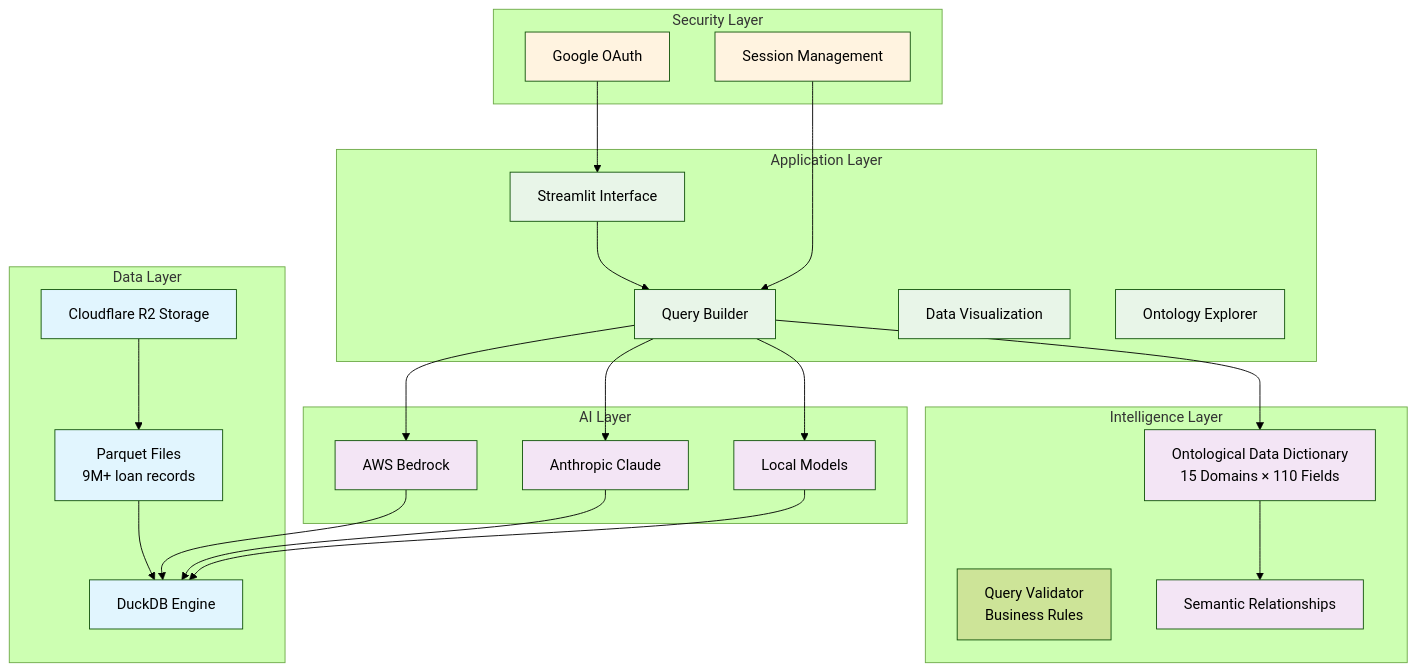
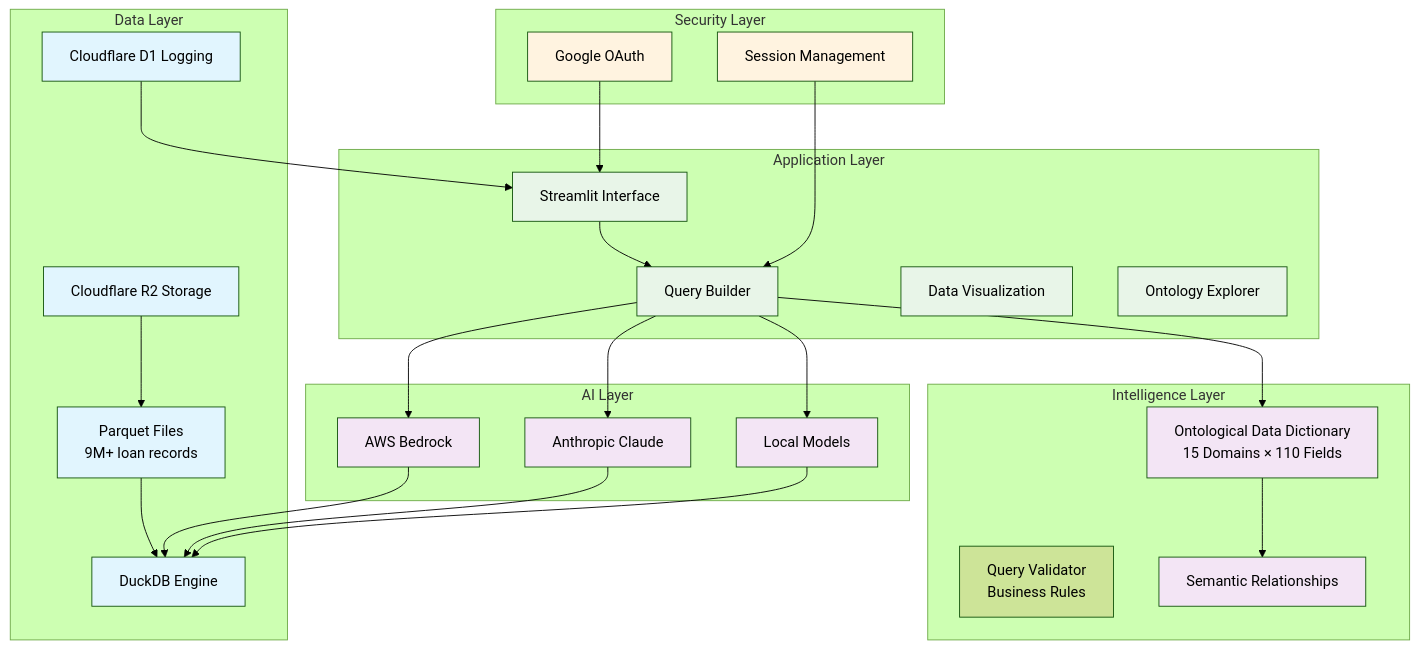
One commit to ravishan16/converSQL changed the diagram in README.md. Above: the diagram before and after it, drawn with Mermaid (forest theme). The commit also changed other lines of this file and 4 other files, not shown here.

````diff
--- a/README.md
+++ b/README.md
@@ -44,54 +51,56 @@
 ```mermaid
 graph TB
     subgraph "Data Layer"
         R2[Cloudflare R2 Storage]
         PQ[Parquet Files<br/>9M+ loan records]
         DUCK[DuckDB Engine]
+        D1[Cloudflare D1 Logging]
     end
 
     subgraph "Intelligence Layer"
         ONT[Ontological Data Dictionary<br/>15 Domains × 110 Fields]
         VAL[Query Validator<br/>Business Rules]
         REL[Semantic Relationships]
     end
 
     subgraph "AI Layer"
         BED[AWS Bedrock]
         CLA[Anthropic Claude]
         LOC[Local Models]
     end
 
     subgraph "Application Layer"
         UI[Streamlit Interface]
         QRY[Query Builder]
         VIZ[Data Visualization]
         EXP[Ontology Explorer]
     end
 
     subgraph "Security Layer"
         AUTH[Google OAuth]
         SESS[Session Management]
     end
 
     R2 --> PQ
     PQ --> DUCK
     ONT --> REL
+    D1 --> UI
 
     UI --> QRY
     QRY --> ONT
     QRY --> BED & CLA & LOC
     BED & CLA & LOC --> DUCK
 
     AUTH --> UI
     SESS --> QRY
 
     classDef dataNodes fill:#e1f5fe
     classDef aiNodes fill:#f3e5f5
     classDef appNodes fill:#e8f5e8
     classDef secNodes fill:#fff3e0
 
-    class R2,PQ,DUCK dataNodes
+    class R2,PQ,DUCK,D1 dataNodes
     class ONT,REL,BED,CLA,LOC aiNodes
     class UI,QRY,VIZ,EXP appNodes
     class AUTH,SESS secNodes
 ```
````
